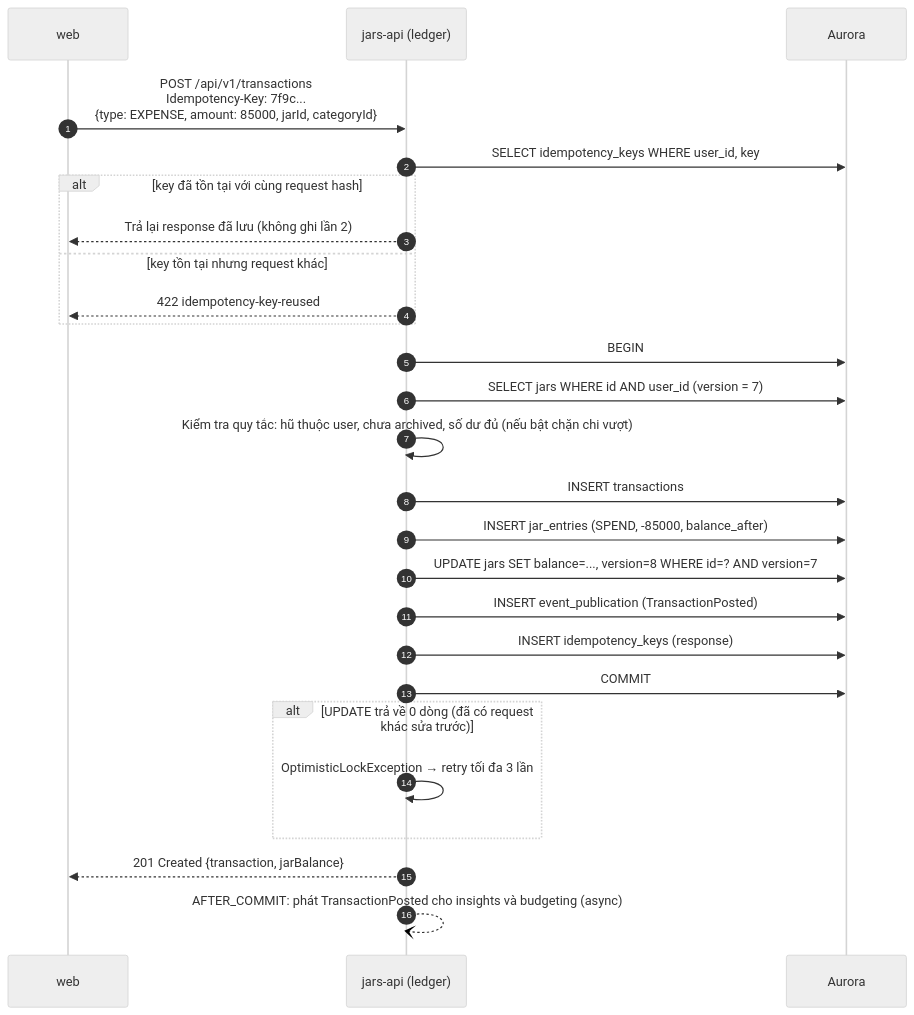
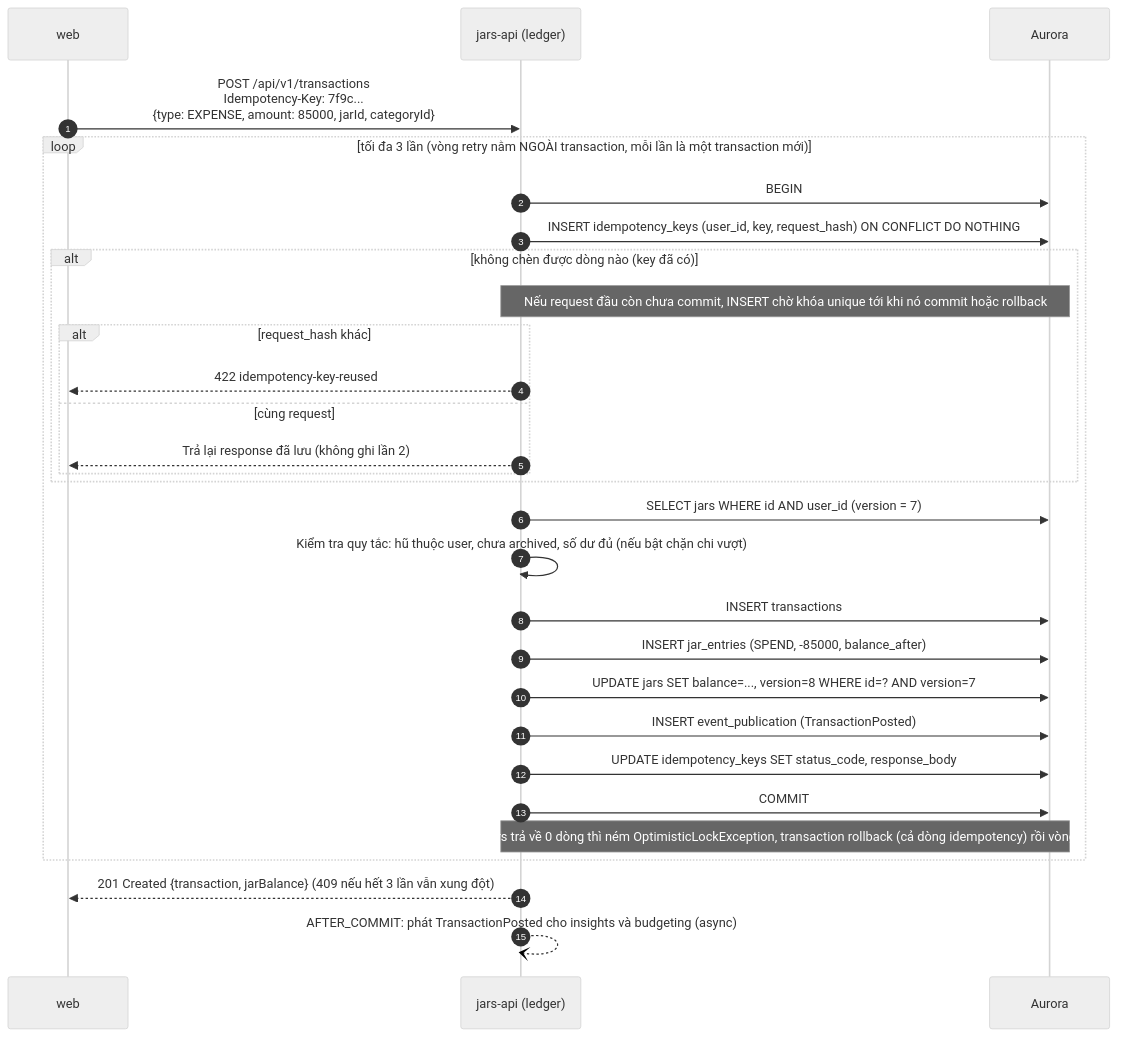
Before and after one commit to thphuc06/jar-platform: the second of 9 diagrams in docs/02-architecture/flows.md, drawn with Mermaid (neutral theme). The commit also changed other lines of this file and 18 other files, not shown here.

````diff
--- a/docs/02-architecture/flows.md
+++ b/docs/02-architecture/flows.md
@@ -61,29 +61,32 @@
 ```mermaid
 sequenceDiagram
     autonumber
     participant W as web
     participant API as jars-api (ledger)
     participant DB as Aurora
 
     W->>API: POST /api/v1/transactions<br/>Idempotency-Key: 7f9c...<br/>{type: EXPENSE, amount: 85000, jarId, categoryId}
-    API->>DB: SELECT idempotency_keys WHERE user_id, key
-    alt key đã tồn tại với cùng request hash
-        API-->>W: Trả lại response đã lưu (không ghi lần 2)
-    else key tồn tại nhưng request khác
-        API-->>W: 422 idempotency-key-reused
+    loop tối đa 3 lần (vòng retry nằm NGOÀI transaction, mỗi lần là một transaction mới)
+        API->>DB: BEGIN
+        API->>DB: INSERT idempotency_keys (user_id, key, request_hash) ON CONFLICT DO NOTHING
+        alt không chèn được dòng nào (key đã có)
+            Note over API,DB: Nếu request đầu còn chưa commit, INSERT chờ khóa unique tới khi nó commit hoặc rollback
+            alt request_hash khác
+                API-->>W: 422 idempotency-key-reused
+            else cùng request
+                API-->>W: Trả lại response đã lưu (không ghi lần 2)
+            end
+        end
+        API->>DB: SELECT jars WHERE id AND user_id (version = 7)
+        API->>API: Kiểm tra quy tắc: hũ thuộc user, chưa archived, số dư đủ (nếu bật chặn chi vượt)
+        API->>DB: INSERT transactions
+        API->>DB: INSERT jar_entries (SPEND, -85000, balance_after)
+        API->>DB: UPDATE jars SET balance=..., version=8 WHERE id=? AND version=7
+        API->>DB: INSERT event_publication (TransactionPosted)
+        API->>DB: UPDATE idempotency_keys SET status_code, response_body
+        API->>DB: COMMIT
+        Note over API,DB: UPDATE jars trả về 0 dòng thì ném OptimisticLockException, transaction rollback (cả dòng idempotency) rồi vòng lặp thử lại
     end
-    API->>DB: BEGIN
-    API->>DB: SELECT jars WHERE id AND user_id (version = 7)
-    API->>API: Kiểm tra quy tắc: hũ thuộc user, chưa archived, số dư đủ (nếu bật chặn chi vượt)
-    API->>DB: INSERT transactions
-    API->>DB: INSERT jar_entries (SPEND, -85000, balance_after)
-    API->>DB: UPDATE jars SET balance=..., version=8 WHERE id=? AND version=7
-    API->>DB: INSERT event_publication (TransactionPosted)
-    API->>DB: INSERT idempotency_keys (response)
-    API->>DB: COMMIT
-    alt UPDATE trả về 0 dòng (đã có request khác sửa trước)
-        API->>API: OptimisticLockException → retry tối đa 3 lần
-    end
-    API-->>W: 201 Created {transaction, jarBalance}
+    API-->>W: 201 Created {transaction, jarBalance} (409 nếu hết 3 lần vẫn xung đột)
     API--)API: AFTER_COMMIT: phát TransactionPosted cho insights và budgeting (async)
 ```
````
